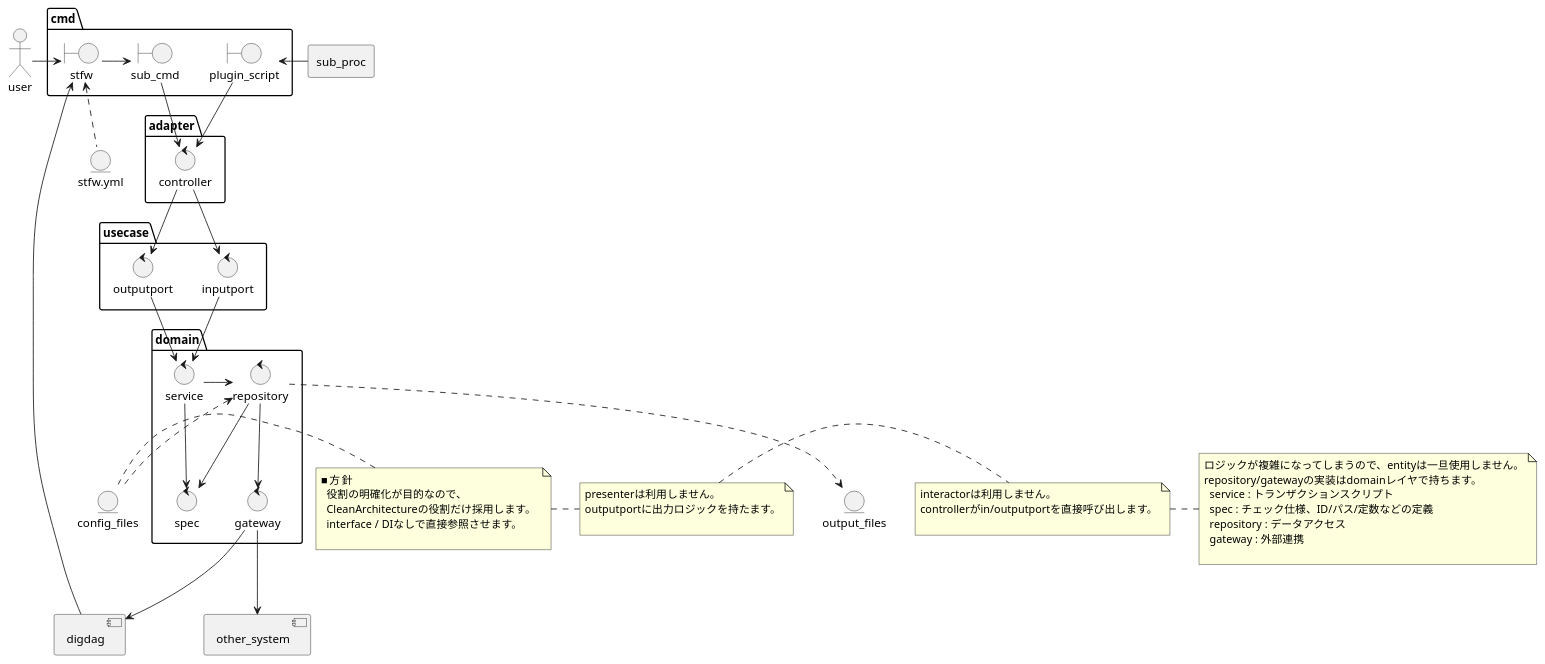
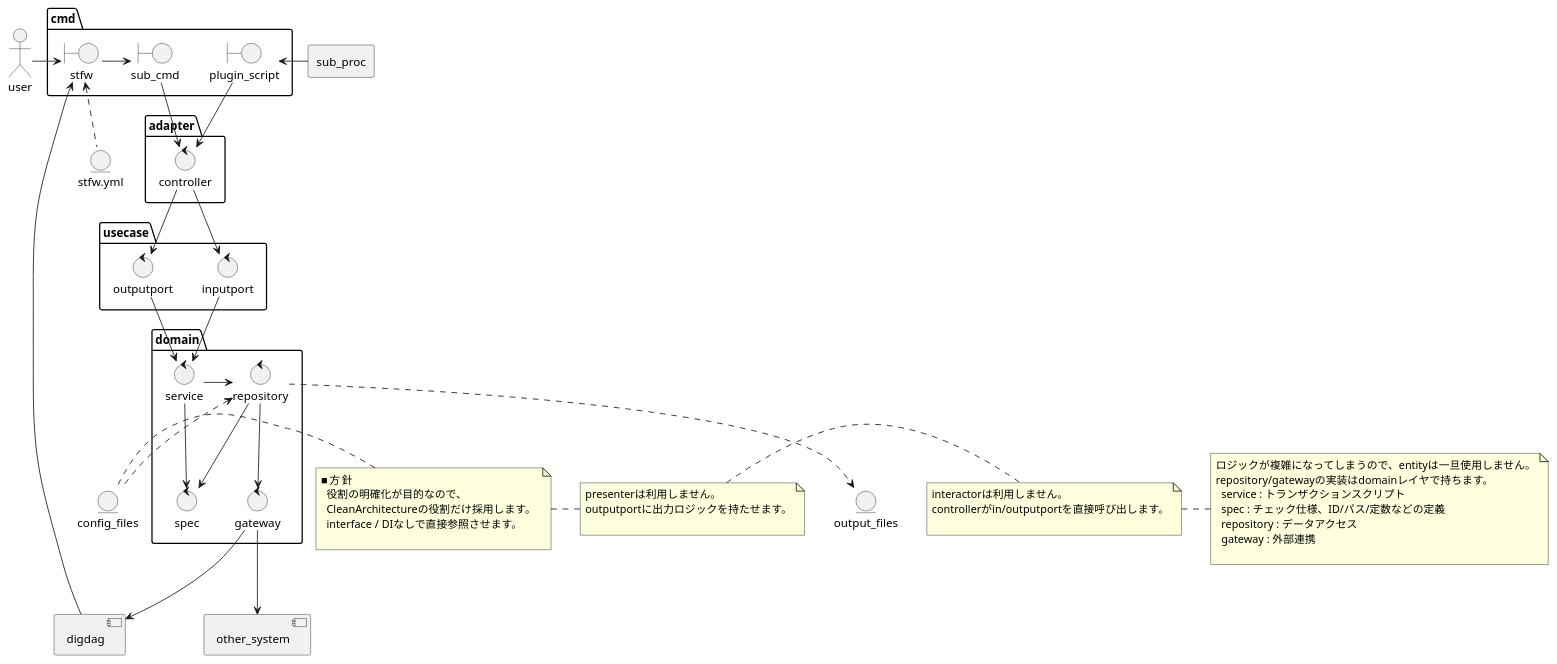
The diagram in docs/design/architecture/app_arch.puml (scenario-test-framework/stfw), drawn with PlantUML before and after one commit. The commit also changed 3 other files, not shown here.

```diff
--- a/docs/design/architecture/app_arch.puml
+++ b/docs/design/architecture/app_arch.puml
@@ -1,89 +1,89 @@
 @startuml
 /'-------------------------------------------------------
     定義
   -------------------------------------------------------'/
 actor user
 agent sub_proc
 component digdag
 component other_system
 
 package cmd {
   boundary stfw
   boundary sub_cmd
 
   boundary plugin_script
 }
 package adapter {
   control controller
 }
 package usecase {
   control inputport
   control outputport
 }
 package domain {
   control service
   control spec
   control repository
   control gateway
 }
 
 entity stfw.yml
 entity output_files
 entity config_files
 
 
 /'-------------------------------------------------------
     呼び出し
   -------------------------------------------------------'/
 user -> stfw
 digdag -up-> stfw
 stfw -> sub_cmd
 note left : \
 ■方針\n\
   役割の明確化が目的なので、 \n\
   CleanArchitectureの役割だけ採用します。 \n\
   interface / DIなしで直接参照させます。 \n
 sub_proc -> plugin_script
 
 
 sub_cmd -down-> controller
 plugin_script -down-> controller
 note right : \
 presenterは利用しません。\n\
-outputportに出力ロジックを持たます。\n
+outputportに出力ロジックを持たせます。\n
 
 
 controller -down-> inputport
 note right : \
 interactorは利用しません。\n\
 controllerがin/outputportを直接呼び出します。\n
 controller -down-> outputport
 
 
 inputport -down-> service
 outputport -down-> service
 
 
 service -down-> spec
 service -right-> repository
 repository -down-> gateway
 repository -down-> spec
 note right : \
 ロジックが複雑になってしまうので、entityは一旦使用しません。\n\
 repository/gatewayの実装はdomainレイヤで持ちます。\n\
   service : トランザクションスクリプト\n\
   spec : チェック仕様、ID/パス/定数などの定義\n\
   repository : データアクセス\n\
   gateway : 外部連携\n
 
 
 gateway --> digdag
 gateway --> other_system
 
 
 stfw <.. stfw.yml
 repository <.. config_files
 repository ..> output_files
 
 
 @enduml
```
